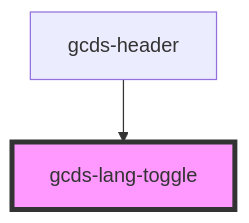
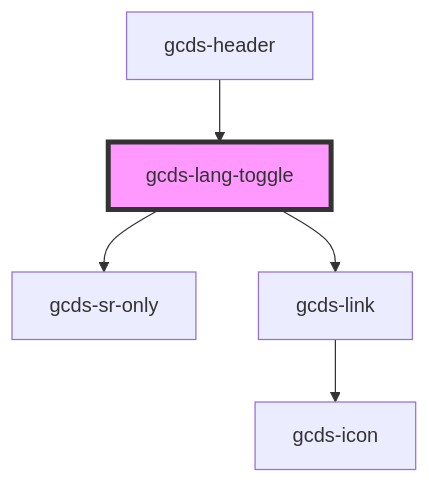
One commit to cds-snc/gcds-components changed the diagram in packages/web/src/components/gcds-lang-toggle/readme.md. Above: the diagram before and after it, drawn with Mermaid. The commit also changed other lines of this file and 159 other files, not shown here.

````diff
--- a/packages/web/src/components/gcds-lang-toggle/readme.md
+++ b/packages/web/src/components/gcds-lang-toggle/readme.md
@@ -22,5 +27,8 @@
 ```mermaid
 graph TD;
+  gcds-lang-toggle --> gcds-sr-only
+  gcds-lang-toggle --> gcds-link
+  gcds-link --> gcds-icon
   gcds-header --> gcds-lang-toggle
   style gcds-lang-toggle fill:#f9f,stroke:#333,stroke-width:4px
 ```
````
